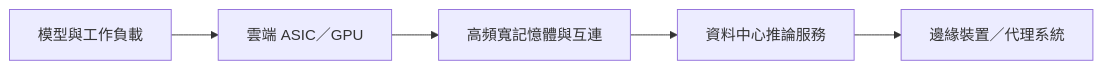
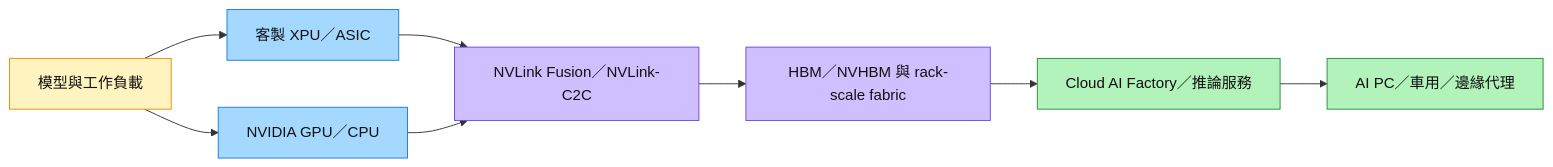
The diagram in content/lib/2.tech/技術_AI推論與ASIC平台.md (kevn950324/wiki_Stockv2), drawn with Mermaid before and after one commit. The commit also changed other lines of this file and 15 other files, not shown here.

````diff
--- a/content/lib/2.tech/技術_AI推論與ASIC平台.md
+++ b/content/lib/2.tech/技術_AI推論與ASIC平台.md
@@ -24,7 +31,18 @@
 ```mermaid
 flowchart LR
-    A[模型與工作負載] --> B[雲端 ASIC／GPU]
-    B --> C[高頻寬記憶體與互連]
-    C --> D[資料中心推論服務]
-    D --> E[邊緣裝置／代理系統]
+    A[模型與工作負載] --> B[客製 XPU／ASIC]
+    A --> G[NVIDIA GPU／CPU]
+    B --> N[NVLink Fusion／NVLink-C2C]
+    G --> N
+    N --> C[HBM／NVHBM 與 rack-scale fabric]
+    C --> D[Cloud AI Factory／推論服務]
+    D --> E[AI PC／車用／邊緣代理]
+    classDef workload fill:#fff3bf,stroke:#f08c00,color:#111;
+    classDef compute fill:#a5d8ff,stroke:#1c7ed6,color:#111;
+    classDef interconnect fill:#d0bfff,stroke:#7048e8,color:#111;
+    classDef application fill:#b2f2bb,stroke:#2b8a3e,color:#111;
+    class A workload;
+    class B,G compute;
+    class N,C interconnect;
+    class D,E application;
 ```
````
